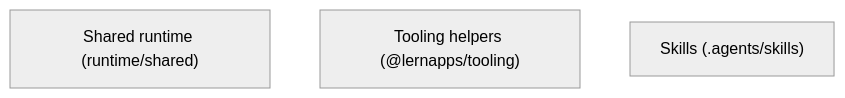
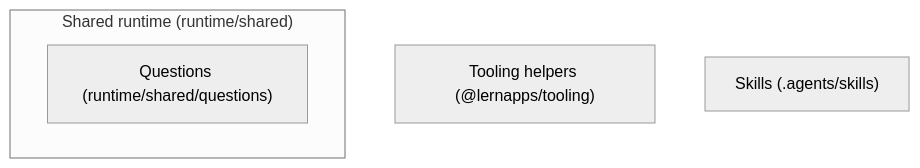
Before and after one commit to lernapps/app-templates: the diagram in docs/arc42/05-building-blocks.arc42.md, drawn with Mermaid (neutral theme). The commit also changed other lines of this file and 39 other files, not shown here.

First line of the commit message:
refactor: the questions move to runtime/shared/questions

````diff
--- a/docs/arc42/05-building-blocks.arc42.md
+++ b/docs/arc42/05-building-blocks.arc42.md
@@ -27,6 +27,8 @@
 ```mermaid
 flowchart TB
-    bb-runtime["Shared runtime (runtime/shared)"]
+    subgraph bb-runtime["Shared runtime (runtime/shared)"]
+        bb-questions["Questions (runtime/shared/questions)"]
+    end
     bb-tooling["Tooling helpers (@lernapps/tooling)"]
     bb-skills["Skills (.agents/skills)"]
 ```
````
